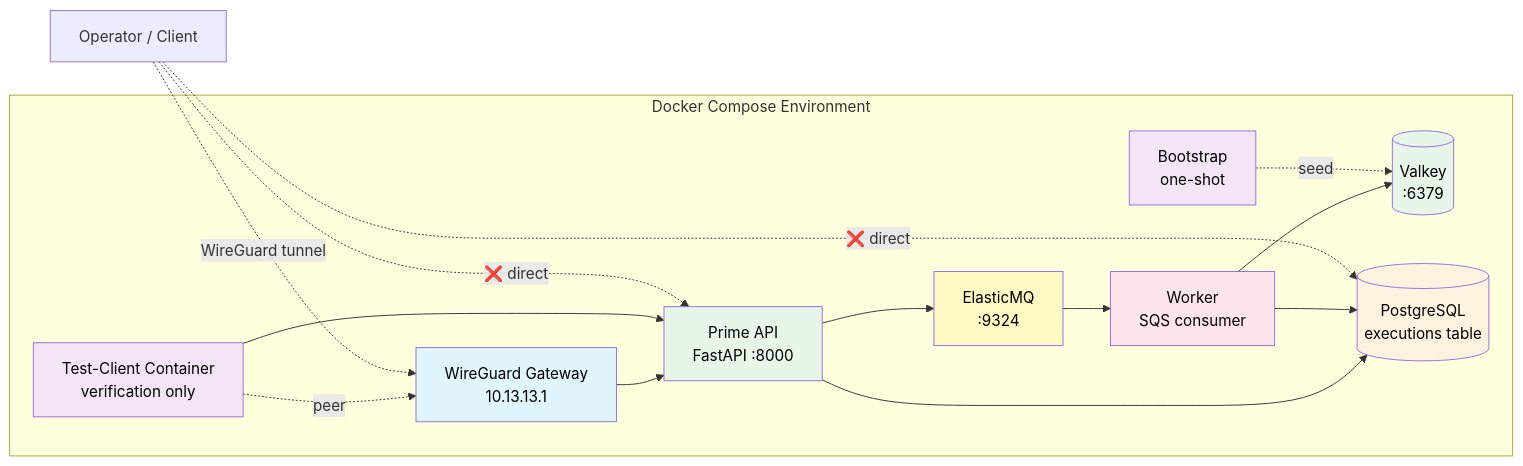
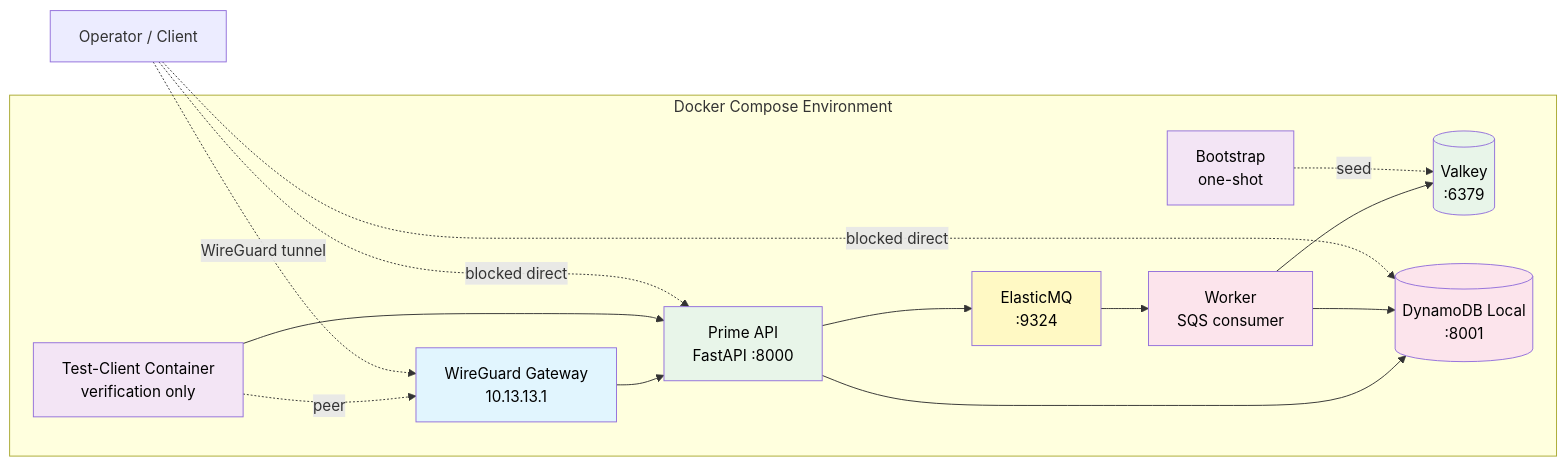
Before and after one commit to BinHsu/aegis-enclave: the second of 3 diagrams in README.md, drawn with Mermaid. The commit also changed other lines of this file and 23 other files, not shown here.

````diff
--- a/README.md
+++ b/README.md
@@ -133,38 +228,38 @@
 ```mermaid
 flowchart LR
     Op[Operator / Client]
 
     subgraph Local[Docker Compose Environment]
         WG[WireGuard Gateway<br/>10.13.13.1]
         API[Prime API<br/>FastAPI :8000]
         SQS[ElasticMQ<br/>:9324]
         WK[Worker<br/>SQS consumer]
         VK[(Valkey<br/>:6379)]
-        DB[(PostgreSQL<br/>executions table)]
+        DDB[(DynamoDB Local<br/>:8001)]
         BS[Bootstrap<br/>one-shot]
         TC[Test-Client Container<br/>verification only]
 
         WG --> API
-        API --> DB
+        API --> DDB
         API --> SQS
         SQS --> WK
         WK --> VK
-        WK --> DB
+        WK --> DDB
         BS -.seed.-> VK
         TC -.peer.-> WG
         TC --> API
     end
 
     Op -. WireGuard tunnel .-> WG
-    Op -. ❌ direct .-> API
-    Op -. ❌ direct .-> DB
+    Op -. blocked direct .-> API
+    Op -. blocked direct .-> DDB
 
     style WG fill:#e1f5fe,color:#000
     style API fill:#e8f5e9,color:#000
     style SQS fill:#fff9c4,color:#000
     style WK fill:#fce4ec,color:#000
     style VK fill:#e8f5e9,color:#000
-    style DB fill:#fff3e0,color:#000
+    style DDB fill:#fce4ec,color:#000
     style BS fill:#f3e5f5,color:#000
     style TC fill:#f3e5f5,color:#000
 ```
````
